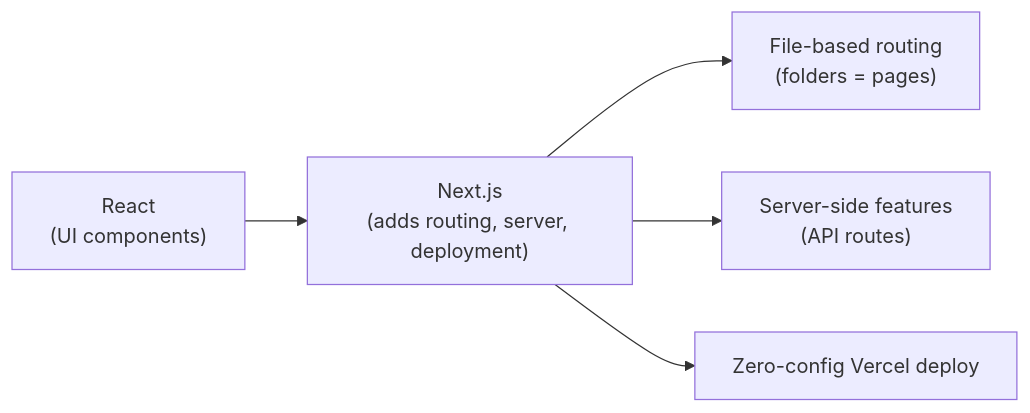
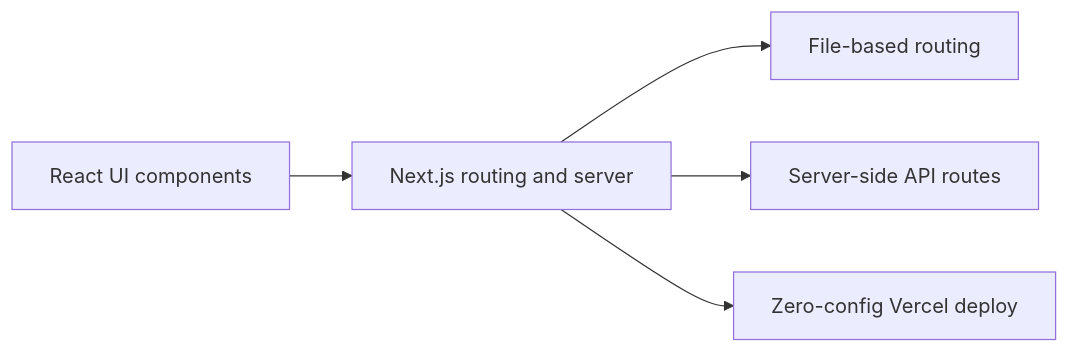
Before and after one commit to wongjinar-ai/expample: the third of 5 diagrams in learning/01-frontend.md, drawn with Mermaid. The commit also changed other lines of this file and 16 other files, not shown here.

````diff
--- a/learning/01-frontend.md
+++ b/learning/01-frontend.md
@@ -64,9 +64,9 @@
 ```mermaid
-graph LR
-    React["React\n(UI components)"]
-    NextJS["Next.js\n(adds routing, server, deployment)"]
+flowchart LR
+    React[React UI components]
+    NextJS[Next.js routing and server]
     React --> NextJS
-    NextJS --> Routing["File-based routing\n(folders = pages)"]
-    NextJS --> Server["Server-side features\n(API routes)"]
-    NextJS --> Vercel["Zero-config Vercel deploy"]
+    NextJS --> Routing[File-based routing]
+    NextJS --> Server[Server-side API routes]
+    NextJS --> Vercel[Zero-config Vercel deploy]
 ```
````
